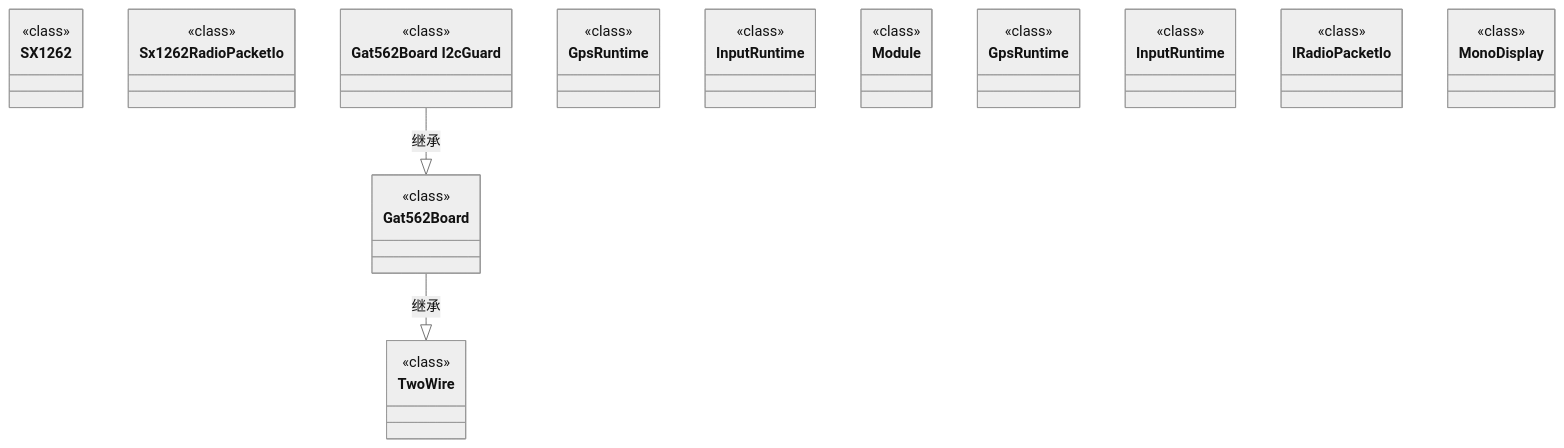
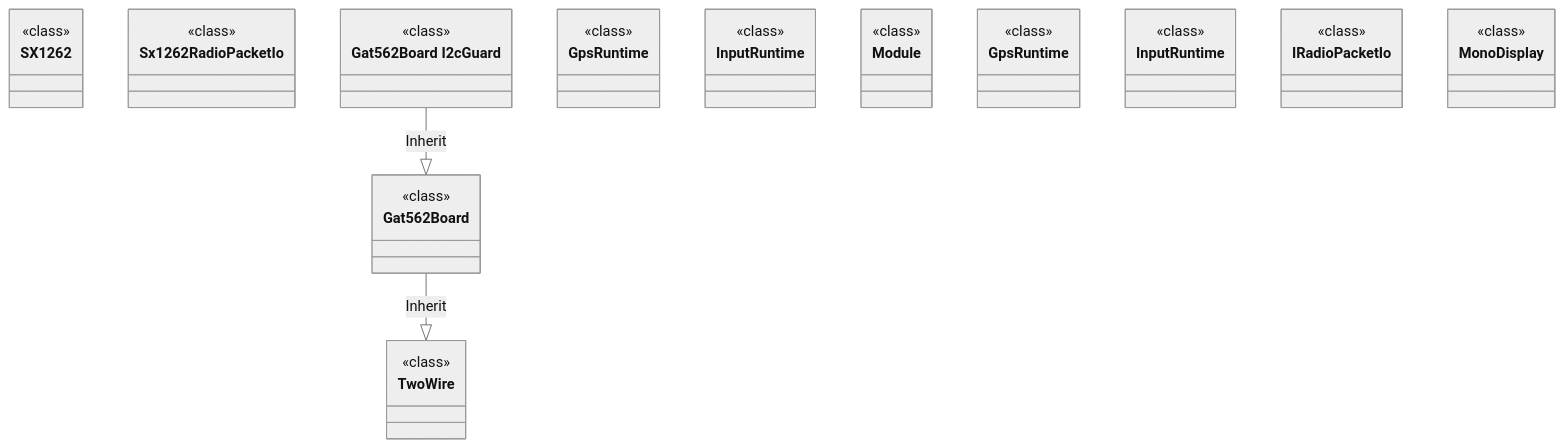
One commit to manmuqingshan/trail-mate changed the diagram in docs/engineering/class-structural-diagrams/boards-gat562_mesh_evb_pro-include-boards/class-structural-diagram.md. Above: the diagram before and after it, drawn with Mermaid (neutral theme). The commit also changed other lines of this file and 527 other files, not shown here.

````diff
--- a/docs/engineering/class-structural-diagrams/boards-gat562_mesh_evb_pro-include-boards/class-structural-diagram.md
+++ b/docs/engineering/class-structural-diagrams/boards-gat562_mesh_evb_pro-include-boards/class-structural-diagram.md
@@ -42,41 +42,41 @@
 ```mermaid
 classDiagram
   class Gat562Board["Gat562Board"] {
     <<class>>
   }
   class SX1262["SX1262"] {
     <<class>>
   }
   class Sx1262RadioPacketIo["Sx1262RadioPacketIo"] {
     <<class>>
   }
   class Gat562Board_I2cGuard["Gat562Board  I2cGuard"] {
     <<class>>
   }
   class GpsRuntime["GpsRuntime"] {
     <<class>>
   }
   class InputRuntime["InputRuntime"] {
     <<class>>
   }
   class Module["Module"] {
     <<class>>
   }
   class TwoWire["TwoWire"] {
     <<class>>
   }
   class GpsRuntime_2["GpsRuntime"] {
     <<class>>
   }
   class InputRuntime_2["InputRuntime"] {
     <<class>>
   }
   class IRadioPacketIo["IRadioPacketIo"] {
     <<class>>
   }
   class MonoDisplay["MonoDisplay"] {
     <<class>>
   }
-  Gat562Board --|> TwoWire : 继承
-  Gat562Board_I2cGuard --|> Gat562Board : 继承
+ Gat562Board --|> TwoWire : Inherit
+ Gat562Board_I2cGuard --|> Gat562Board : Inherit
 ```
````
